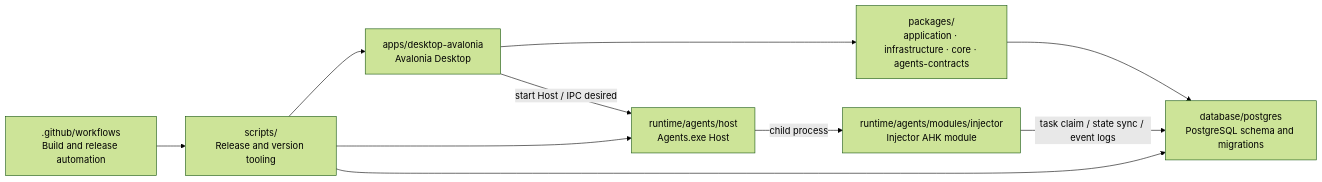
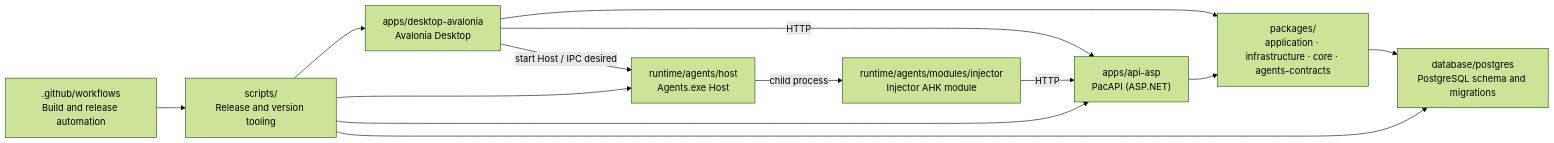
Before and after one commit to pacmandoh/pactoolkits: the diagram in README.md, drawn with Mermaid (forest theme). The commit also changed other lines of this file and 16 other files, not shown here.

Commit message:
docs: document HTTP-only Desktop and `minApiContract` module bounds

````diff
--- a/README.md
+++ b/README.md
@@ -87,20 +88,24 @@
 ```mermaid
 flowchart LR
     DESKTOP["apps/desktop-avalonia\nAvalonia Desktop"]
+    API["apps/api-asp\nPacAPI (ASP.NET)"]
     PKG["packages/\napplication · infrastructure · core · agents-contracts"]
     HOST["runtime/agents/host\nAgents.exe Host"]
     INJ["runtime/agents/modules/injector\nInjector AHK module"]
     DB["database/postgres\nPostgreSQL schema and migrations"]
     SCRIPTS["scripts/\nRelease and version tooling"]
     CI[".github/workflows\nBuild and release automation"]
 
     DESKTOP --> PKG
+    DESKTOP -->|HTTP| API
     DESKTOP -->|start Host / IPC desired| HOST
     HOST -->|child process| INJ
-    INJ -->|task claim / state sync / event logs| DB
+    INJ -->|HTTP| API
+    API --> PKG
     PKG --> DB
     SCRIPTS --> DESKTOP
     SCRIPTS --> HOST
+    SCRIPTS --> API
     SCRIPTS --> DB
     CI --> SCRIPTS
 ```
````
